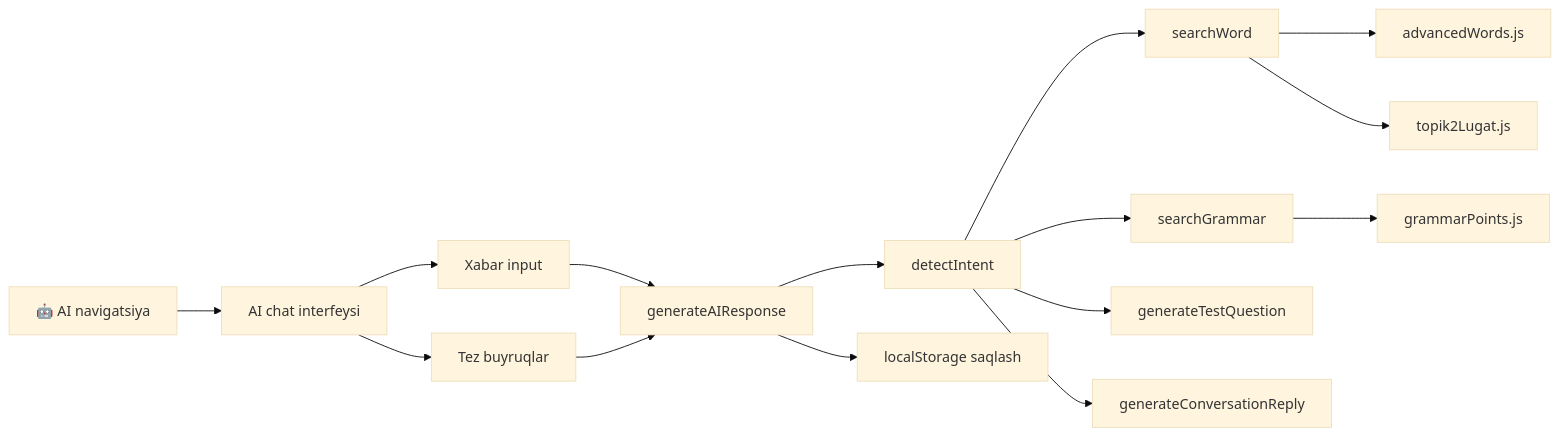
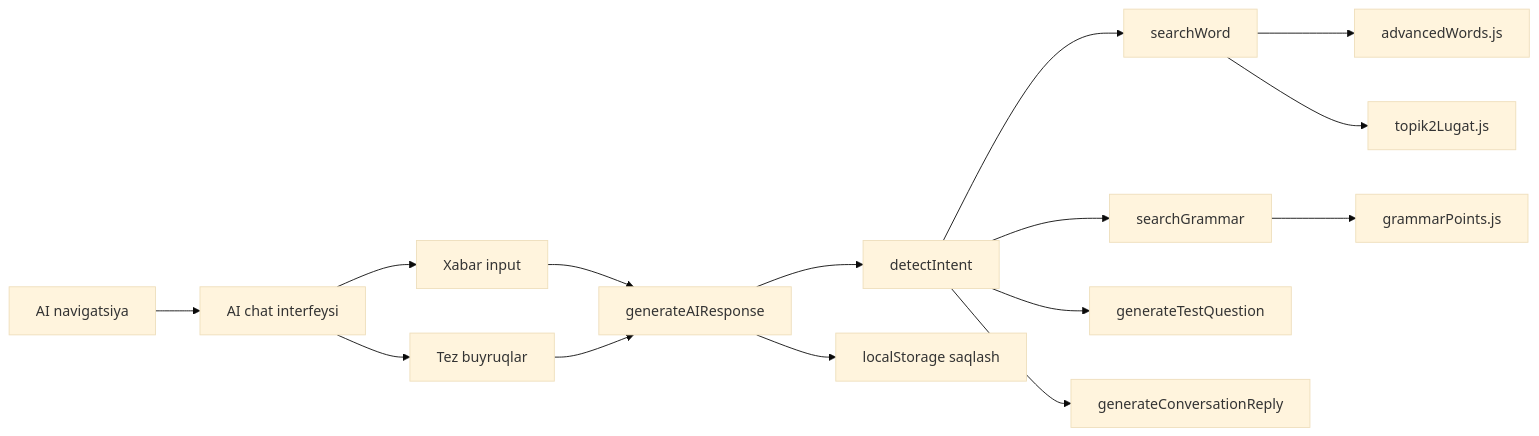
The diagram in .junie/plans/ai-chat-offline.md (ozodbek720/topik-play), drawn with Mermaid (base theme) before and after one commit. The commit also changed 2 other files, not shown here.

Commit message:
topik play

````diff
--- a/.junie/plans/ai-chat-offline.md
+++ b/.junie/plans/ai-chat-offline.md
@@ -89,17 +89,17 @@
 ```mermaid
 graph LR
-    A[🤖 AI navigatsiya] --> B[AI chat interfeysi]
+    A[ AI navigatsiya] --> B[AI chat interfeysi]
     B --> C[Tez buyruqlar]
     B --> D[Xabar input]
     D --> E[generateAIResponse]
     C --> E
     E --> F[detectIntent]
     F --> G[searchWord]
     F --> H[searchGrammar]
     F --> I[generateTestQuestion]
     F --> J[generateConversationReply]
     G --> K[advancedWords.js]
     G --> L[topik2Lugat.js]
     H --> M[grammarPoints.js]
     E --> N[localStorage saqlash]
 ```
````
